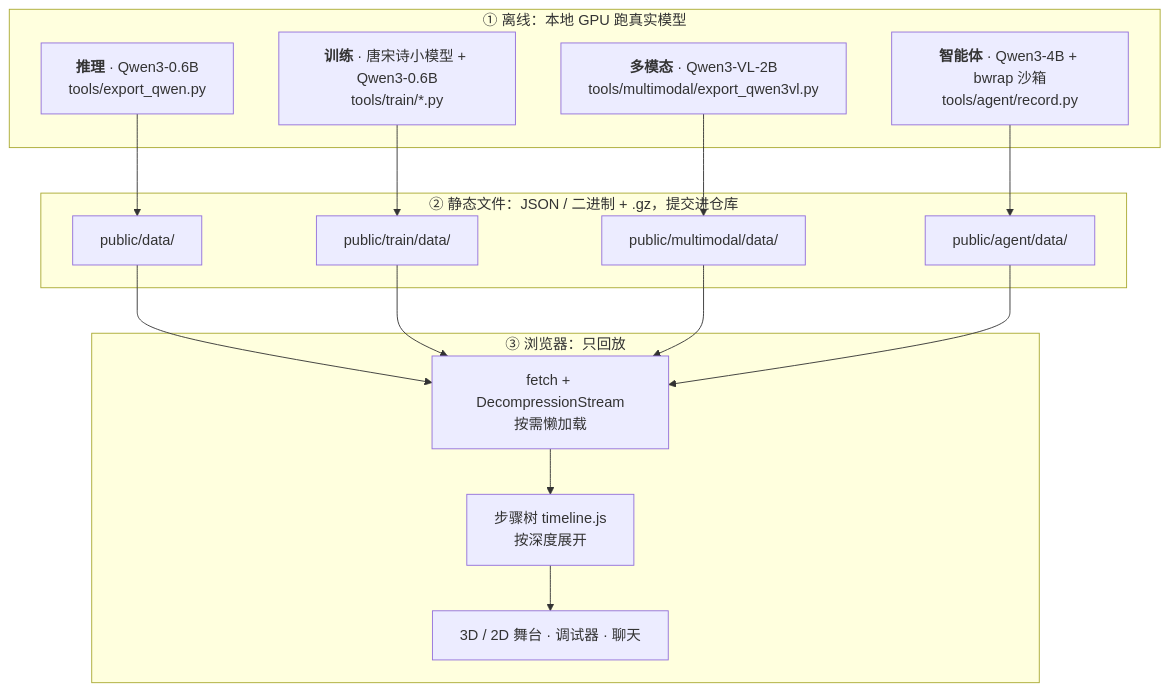
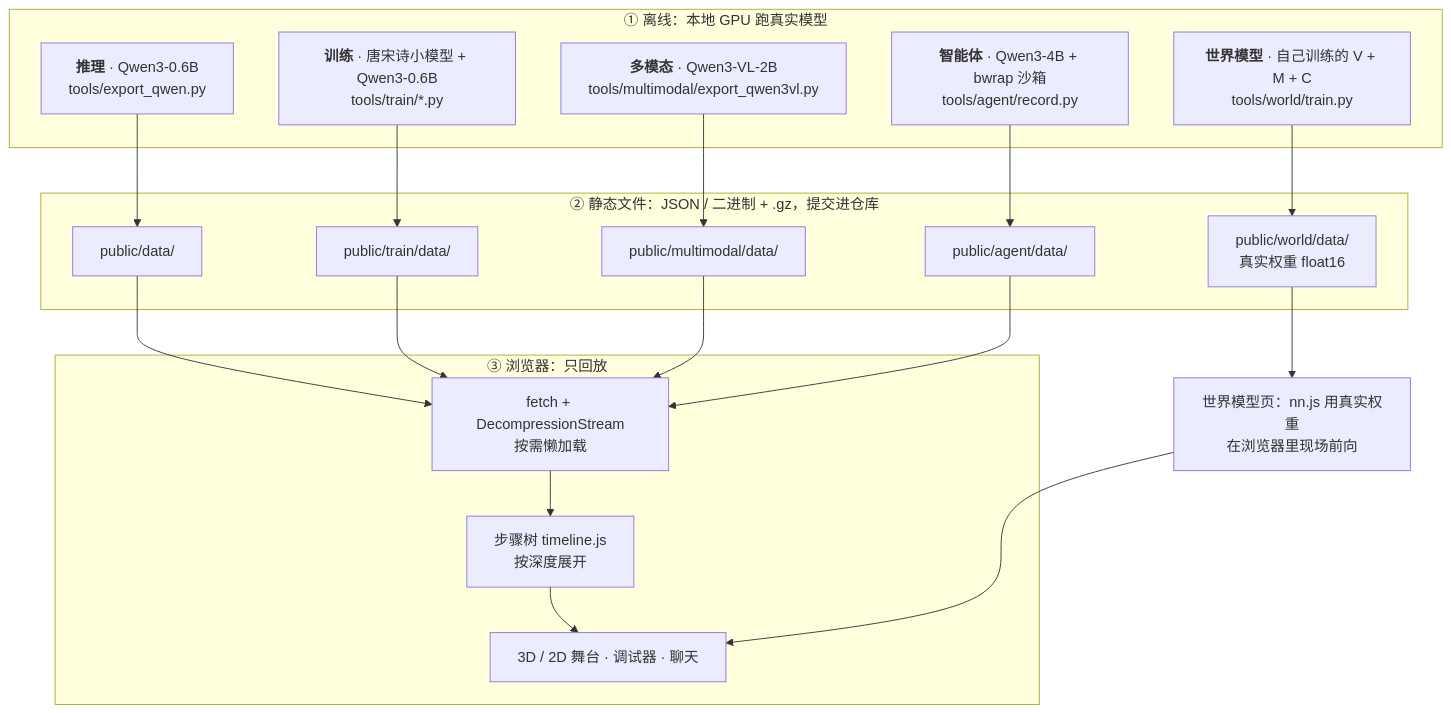
Before and after one commit to computersniper/llm-blackbox: the first of 2 diagrams in README.md, drawn with Mermaid. The commit also changed other lines of this file and 6 other files, not shown here.

````diff
--- a/README.md
+++ b/README.md
@@ -125,23 +155,27 @@
 ```mermaid
 flowchart TB
   subgraph OFF["① 离线：本地 GPU 跑真实模型"]
     X1["<b>推理</b> · Qwen3-0.6B<br/>tools/export_qwen.py"]
     X2["<b>训练</b> · 唐宋诗小模型 + Qwen3-0.6B<br/>tools/train/*.py"]
     X3["<b>多模态</b> · Qwen3-VL-2B<br/>tools/multimodal/export_qwen3vl.py"]
     X4["<b>智能体</b> · Qwen3-4B + bwrap 沙箱<br/>tools/agent/record.py"]
+    X5["<b>世界模型</b> · 自己训练的 V + M + C<br/>tools/world/train.py"]
   end
   subgraph DATA["② 静态文件：JSON / 二进制 + .gz，提交进仓库"]
     D1["public/data/"]
     D2["public/train/data/"]
     D3["public/multimodal/data/"]
     D4["public/agent/data/"]
+    D5["public/world/data/<br/>真实权重 float16"]
   end
   subgraph WEB["③ 浏览器：只回放"]
     L["fetch + DecompressionStream<br/>按需懒加载"] --> T["步骤树 timeline.js<br/>按深度展开"] --> V["3D / 2D 舞台 · 调试器 · 聊天"]
   end
   X1 --> D1
   X2 --> D2
   X3 --> D3
   X4 --> D4
+  X5 --> D5
   D1 & D2 & D3 & D4 --> L
+  D5 --> NN["世界模型页：nn.js 用真实权重<br/>在浏览器里现场前向"] --> V
 ```
````
